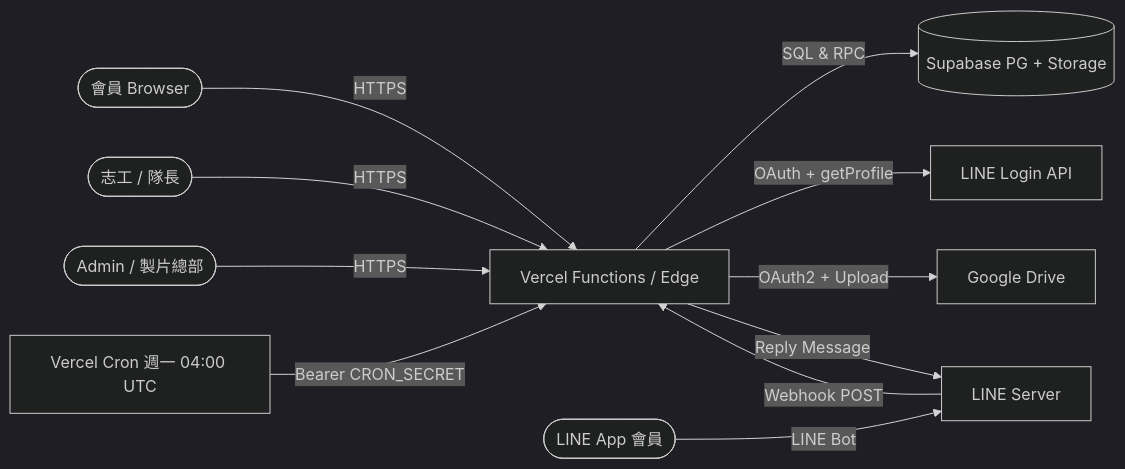
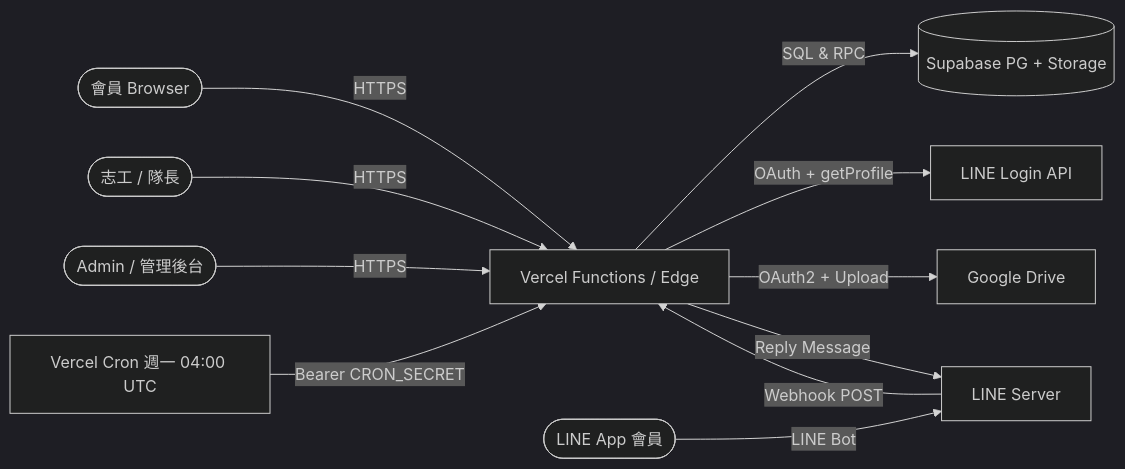
One commit to Archie-design/mirror changed the first of 12 diagrams in docs/ARCHITECTURE.md. Above: the diagram before and after it, drawn with Mermaid (dark theme). The commit also changed other lines of this file and 32 other files, not shown here.

````diff
--- a/docs/ARCHITECTURE.md
+++ b/docs/ARCHITECTURE.md
@@ -52,13 +52,13 @@
 ```mermaid
 flowchart LR
     User([會員 Browser]) -- HTTPS --> Vercel
     Volunteer([志工 / 隊長]) -- HTTPS --> Vercel
-    Admin([Admin / 製片總部]) -- HTTPS --> Vercel
+    Admin([Admin / 管理後台]) -- HTTPS --> Vercel
     LineUser([LINE App 會員]) -- LINE Bot --> LINE
     LINE[LINE Server] -- Webhook POST --> Vercel
     Vercel[Vercel Functions / Edge] -- SQL & RPC --> Supabase[(Supabase PG + Storage)]
     Vercel -- OAuth + getProfile --> LineLogin[LINE Login API]
     Vercel -- OAuth2 + Upload --> GDrive[Google Drive]
     Vercel -- Reply Message --> LINE
     Cron[Vercel Cron 週一 04:00 UTC] -- Bearer CRON_SECRET --> Vercel
 ```
````
